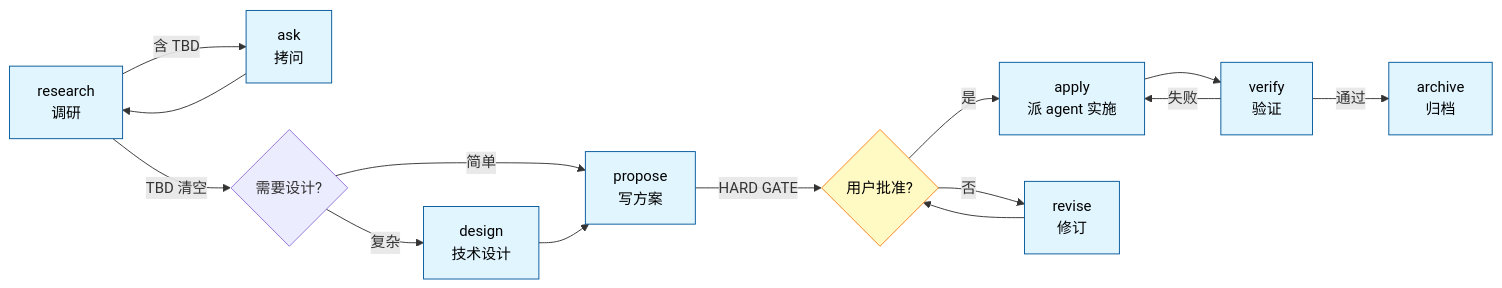
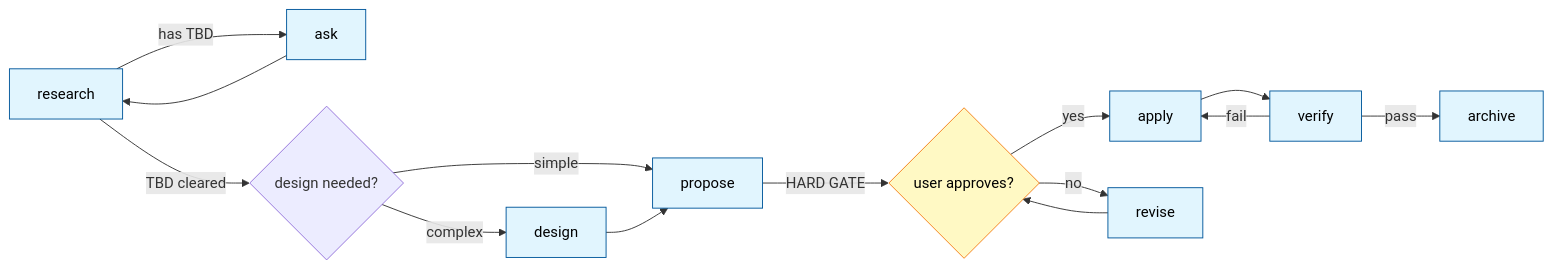
Before and after one commit to kamioj/spec-workflow: the diagram in README.md, drawn with Mermaid. The commit also changed other lines of this file and 49 other files, not shown here.

````diff
--- a/README.md
+++ b/README.md
@@ -125,19 +127,19 @@
 ```mermaid
 graph LR
-    A[research<br/>调研]:::cmd -->|含 TBD| B[ask<br/>拷问]:::cmd
+    A[research]:::cmd -->|has TBD| B[ask]:::cmd
     B --> A
-    A -->|TBD 清空| D{需要设计?}
-    D -->|复杂| E[design<br/>技术设计]:::cmd
-    D -->|简单| F[propose<br/>写方案]:::cmd
+    A -->|TBD cleared| D{design needed?}
+    D -->|complex| E[design]:::cmd
+    D -->|simple| F[propose]:::cmd
     E --> F
-    F -->|HARD GATE| G{用户批准?}:::gate
-    G -->|是| H[apply<br/>派 agent 实施]:::cmd
-    G -->|否| I[revise<br/>修订]:::cmd
+    F -->|HARD GATE| G{user approves?}:::gate
+    G -->|yes| H[apply]:::cmd
+    G -->|no| I[revise]:::cmd
     I --> G
-    H --> J[verify<br/>验证]:::cmd
-    J -->|通过| K[archive<br/>归档]:::cmd
-    J -->|失败| H
+    H --> J[verify]:::cmd
+    J -->|pass| K[archive]:::cmd
+    J -->|fail| H
 
     classDef cmd fill:#e1f5fe,stroke:#01579b,color:#000
     classDef gate fill:#fff9c4,stroke:#f57f17,color:#000
 ```
````
